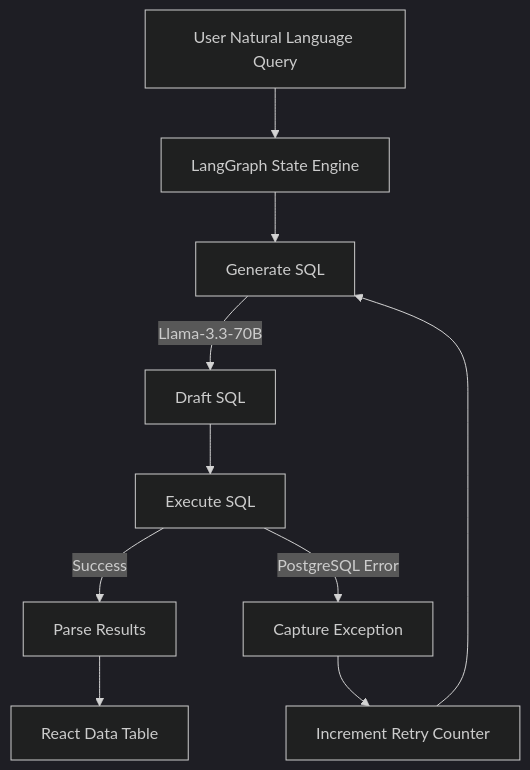
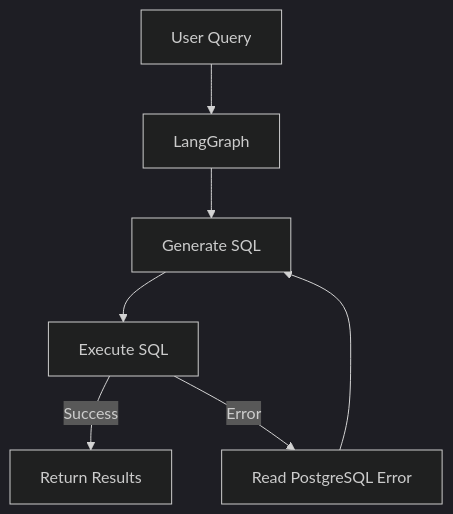
Before and after one commit to varad9248/nl-database-analyst: the diagram in README.md, drawn with Mermaid (dark theme). The commit also changed other lines of this file and 4 other files, not shown here.

````diff
--- a/README.md
+++ b/README.md
@@ -120,22 +39,16 @@
 ```mermaid
 graph TD
 
-A[User Natural Language Query]
---> B[LangGraph State Engine]
+A[User Query]
+--> B[LangGraph]
 
 B --> C[Generate SQL]
 
-C -->|Llama-3.3-70B| D[Draft SQL]
+C --> D[Execute SQL]
 
-D --> E[Execute SQL]
+D -->|Success| E[Return Results]
 
-E -->|Success| F[Parse Results]
+D -->|Error| F[Read PostgreSQL Error]
 
-F --> G[React Data Table]
-
-E -->|PostgreSQL Error| H[Capture Exception]
-
-H --> I[Increment Retry Counter]
-
-I --> C
+F --> C
 ```
````
